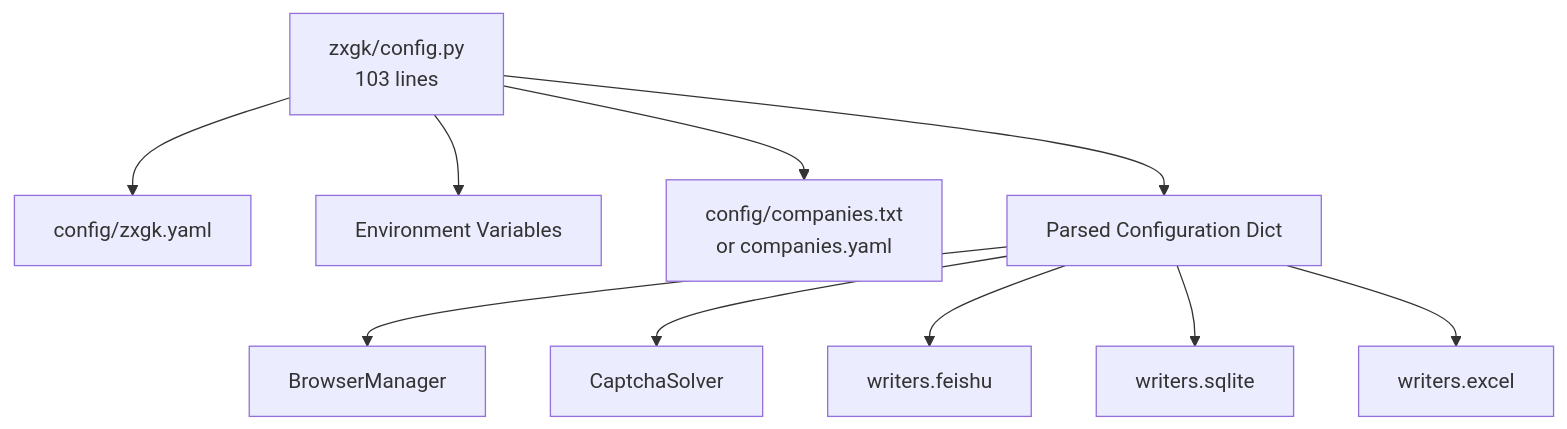
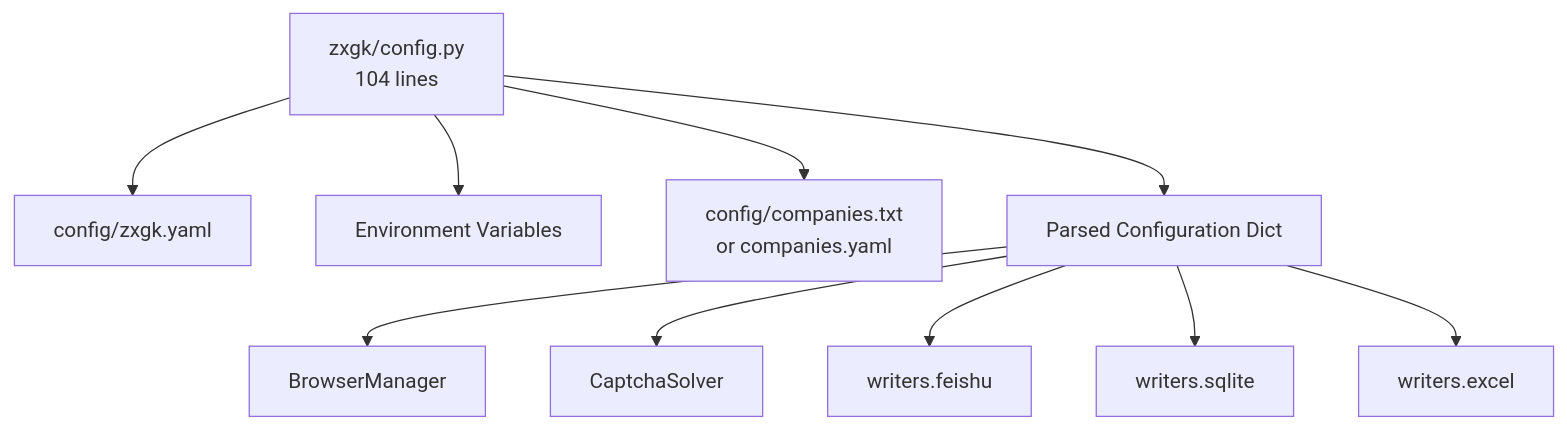
Before and after one commit to supotato-ipj/zxgk_auto_query-skill: the first of 3 diagrams in .qoder/repowiki/en/content/Configuration Management.md, drawn with Mermaid. The commit also changed other lines of this file and 19 other files, not shown here.

````diff
--- a/.qoder/repowiki/en/content/Configuration Management.md
+++ b/.qoder/repowiki/en/content/Configuration Management.md
@@ -52,22 +52,22 @@
 ```mermaid
 graph TB
-ConfigModule["zxgk/config.py<br/>103 lines"]
+ConfigModule["zxgk/config.py<br/>104 lines"]
 YAMLFile["config/zxgk.yaml"]
 EnvVars["Environment Variables"]
 CompanyList["config/companies.txt<br/>or companies.yaml"]
 ParsedConfig["Parsed Configuration Dict"]
 Browser["BrowserManager"]
 Captcha["CaptchaSolver"]
 FeishuWriter["writers.feishu"]
 SQLiteWriter["writers.sqlite"]
 ExcelWriter["writers.excel"]
 ConfigModule --> YAMLFile
 ConfigModule --> EnvVars
 ConfigModule --> CompanyList
 ConfigModule --> ParsedConfig
 ParsedConfig --> Browser
 ParsedConfig --> Captcha
 ParsedConfig --> FeishuWriter
 ParsedConfig --> SQLiteWriter
 ParsedConfig --> ExcelWriter
 ```
````
